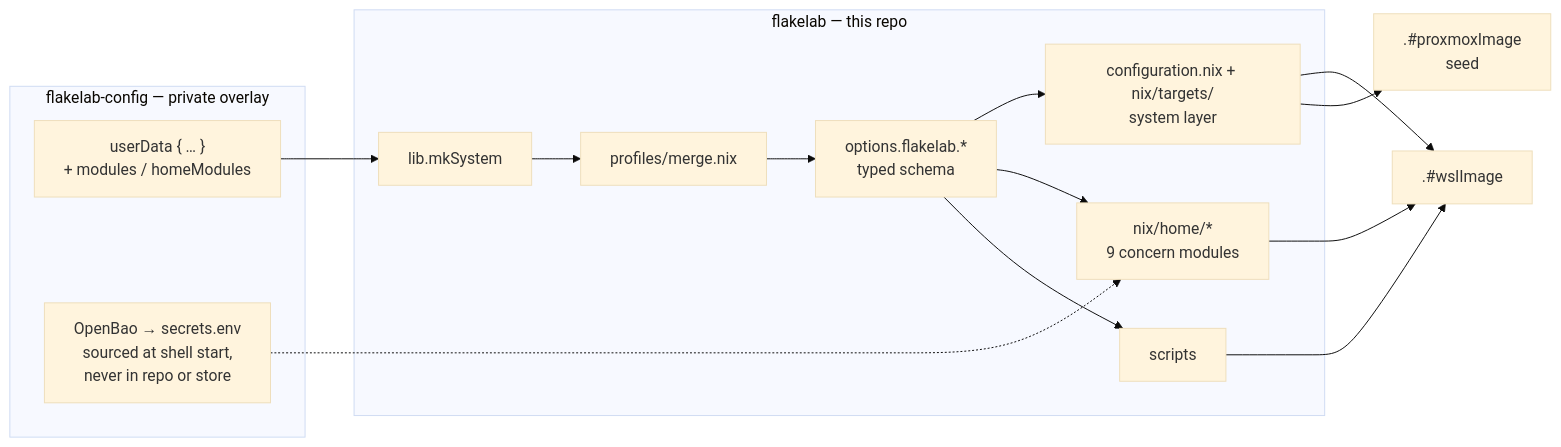
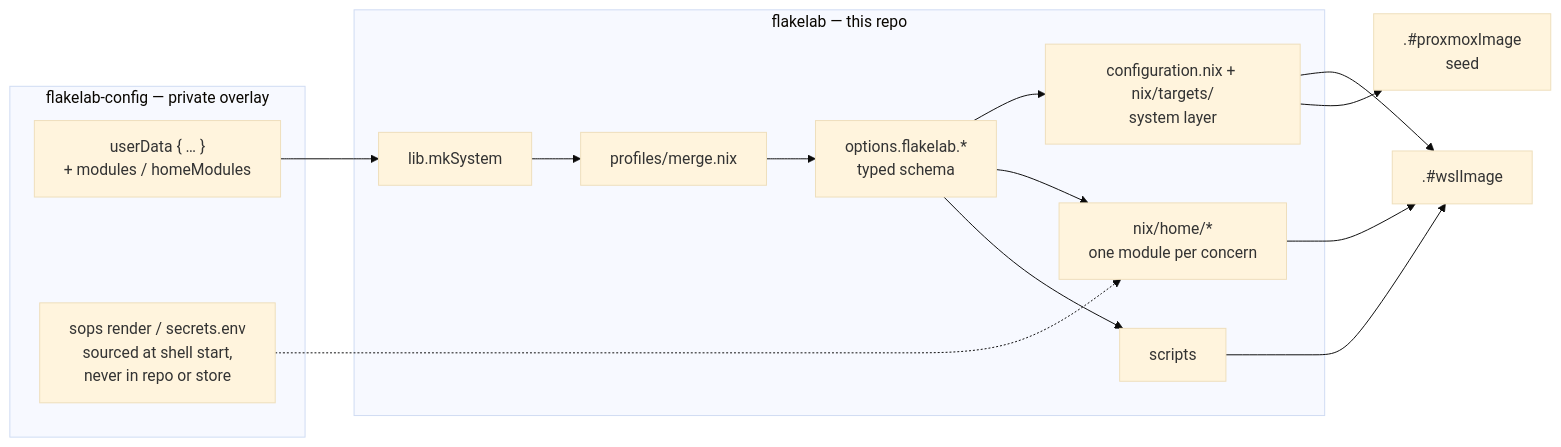
One commit to tyclab/flakelab changed the diagram in README.md. Above: the diagram before and after it, drawn with Mermaid (base theme). The commit also changed other lines of this file and 15 other files, not shown here.

````diff
--- a/README.md
+++ b/README.md
@@ -40,20 +42,20 @@
 ```mermaid
 flowchart LR
     subgraph priv["flakelab-config — private overlay"]
         UD["userData { … }<br/>+ modules / homeModules"]
-        SEC["OpenBao → secrets.env<br/>sourced at shell start,<br/>never in repo or store"]
+        SEC["sops render / secrets.env<br/>sourced at shell start,<br/>never in repo or store"]
     end
     subgraph pub["flakelab — this repo"]
         MK["lib.mkSystem"] --> PROF["profiles/merge.nix"]
         PROF --> OPT["options.flakelab.*<br/>typed schema"]
         OPT --> SYS["configuration.nix + nix/targets/<br/>system layer"]
-        OPT --> HOME["nix/home/*<br/>9 concern modules"]
+        OPT --> HOME["nix/home/*<br/>one module per concern"]
         OPT --> SCR["scripts"]
     end
     UD --> MK
     SEC -.-> HOME
     SYS --> IMG[".#wslImage"]
     HOME --> IMG
     SCR --> IMG
     SYS --> VMIMG[".#proxmoxImage<br/>seed"]
 ```
````
